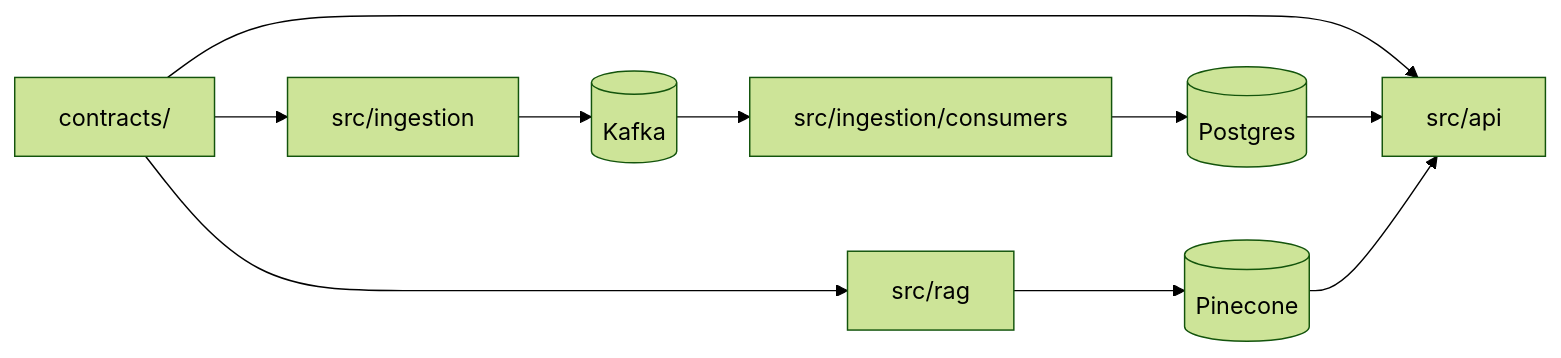
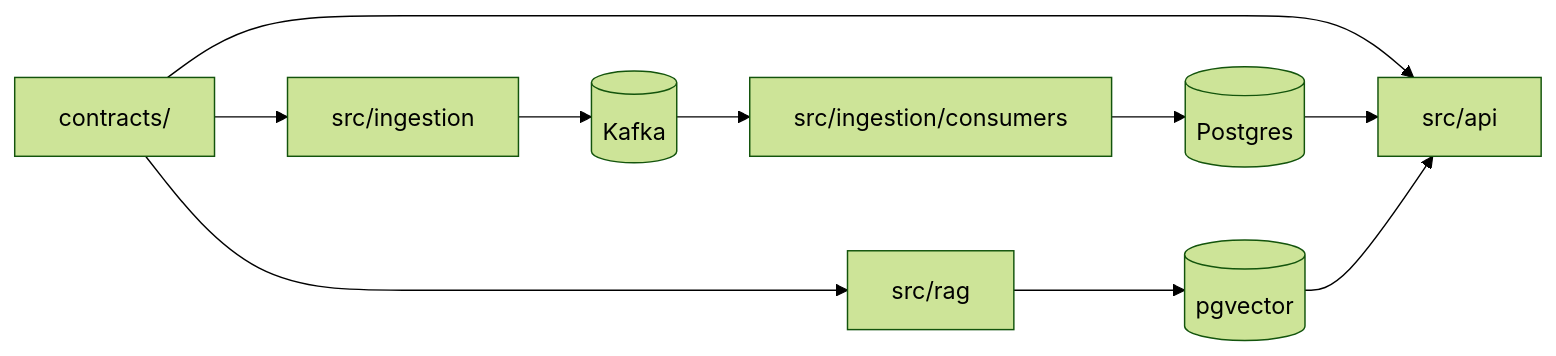
The diagram in src/README.md (hcslomeu/tfl-monitor), drawn with Mermaid (forest theme) before and after one commit. The commit also changed other lines of this file and 23 other files, not shown here.

````diff
--- a/src/README.md
+++ b/src/README.md
@@ -15,12 +15,12 @@
 ```mermaid
 flowchart LR
     CONTRACTS[contracts/] --> ING[src/ingestion]
     CONTRACTS --> API[src/api]
     CONTRACTS --> RAG[src/rag]
     ING --> KAFKA[(Kafka)]
     KAFKA --> CONS[src/ingestion/consumers]
     CONS --> PG[(Postgres)]
     PG --> API
-    RAG --> PINE[(Pinecone)]
-    PINE --> API
+    RAG --> PGVEC[(pgvector)]
+    PGVEC --> API
 ```
````
